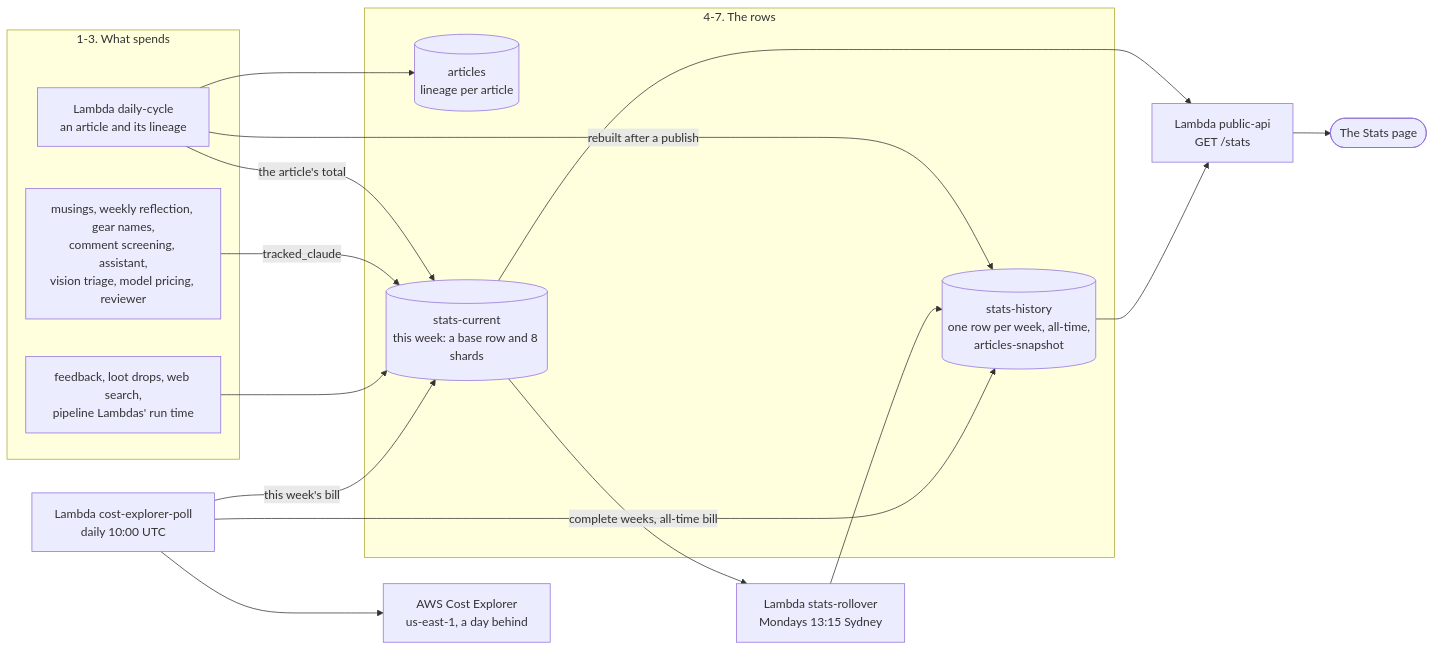
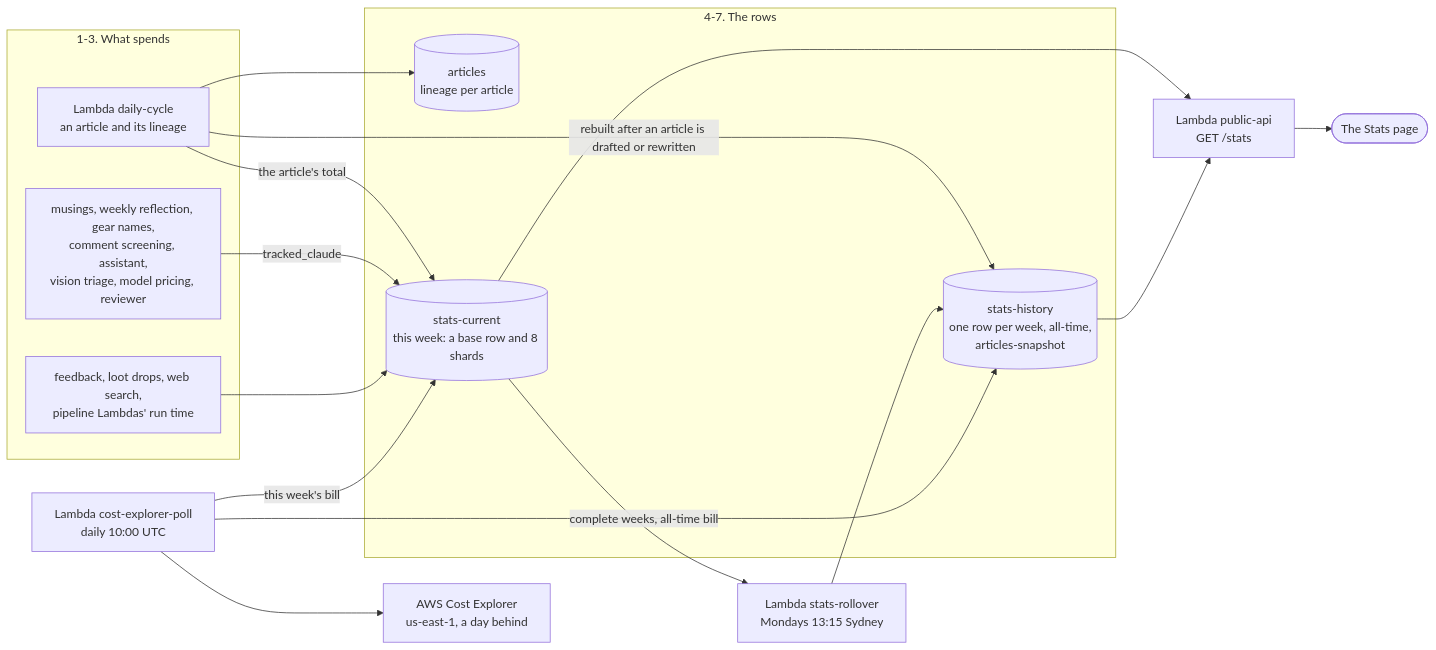
One commit to AllainWoodsford/BloggerBear changed the diagram in docs/architecture/stats-and-costs.md. Above: the diagram before and after it, drawn with Mermaid. The commit also changed other lines of this file and 22 other files, not shown here.

````diff
--- a/docs/architecture/stats-and-costs.md
+++ b/docs/architecture/stats-and-costs.md
@@ -48,31 +65,31 @@
 ```mermaid
 flowchart LR
     subgraph spend["1-3. What spends"]
         daily["Lambda daily-cycle<br/>an article and its lineage"]
         others["musings, weekly reflection, gear names,<br/>comment screening, assistant,<br/>vision triage, model pricing, reviewer"]
         activity["feedback, loot drops, web search,<br/>pipeline Lambdas' run time"]
     end
     subgraph rows["4-7. The rows"]
         arts[("articles<br/>lineage per article")]
         current[("stats-current<br/>this week: a base row and 8 shards")]
         history[("stats-history<br/>one row per week, all-time,<br/>articles-snapshot")]
     end
     rollover["Lambda stats-rollover<br/>Mondays 13:15 Sydney"]
     poll["Lambda cost-explorer-poll<br/>daily 10:00 UTC"]
     ce["AWS Cost Explorer<br/>us-east-1, a day behind"]
     pub["Lambda public-api<br/>GET /stats"]
     page(["The Stats page"])
 
     daily --> arts
     daily -- "the article's total" --> current
     others -- "tracked_claude" --> current
     activity --> current
-    daily -- "rebuilt after a publish" --> history
+    daily -- "rebuilt after an article is drafted or rewritten" --> history
     current --> rollover --> history
     poll --> ce
     poll -- "this week's bill" --> current
     poll -- "complete weeks, all-time bill" --> history
     current --> pub
     history --> pub
     pub --> page
 ```
````
